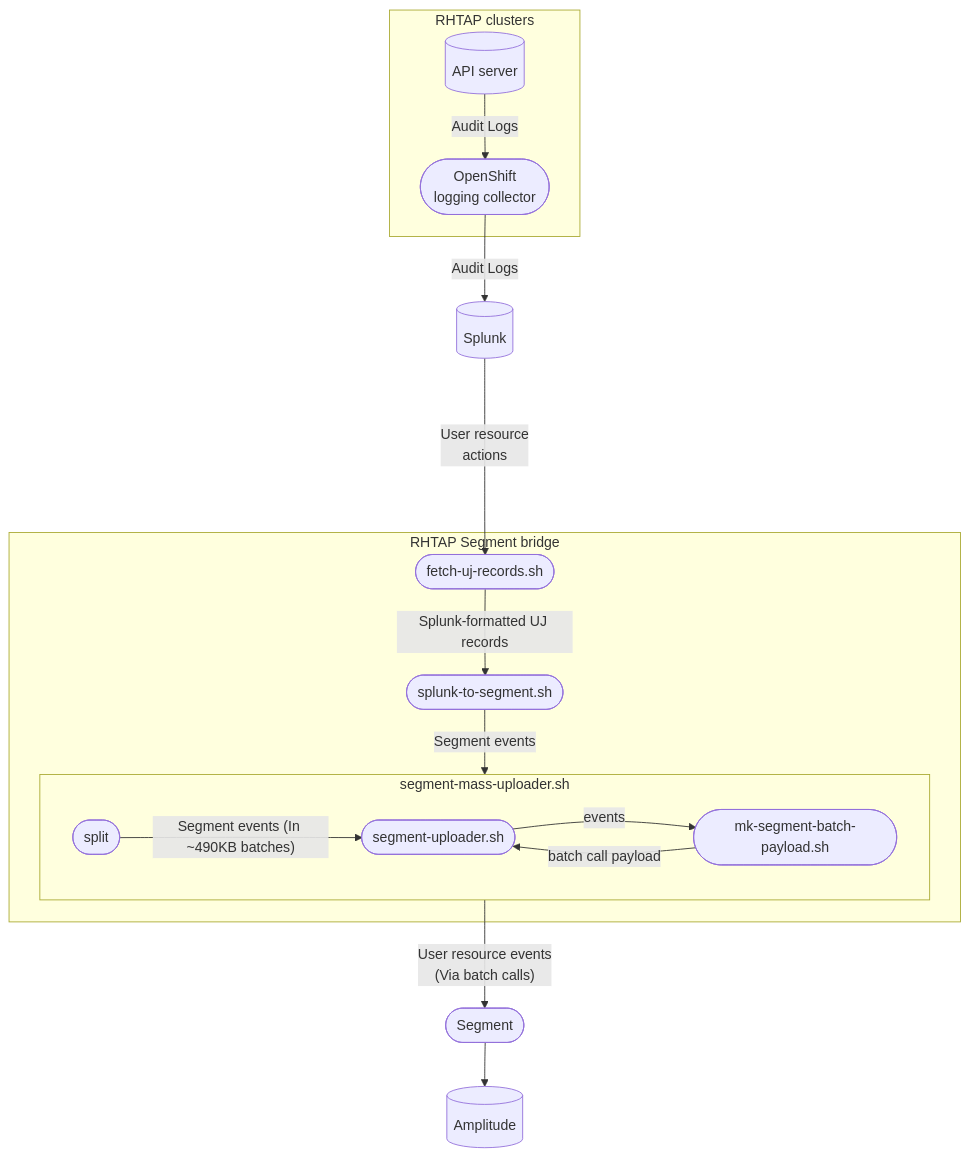
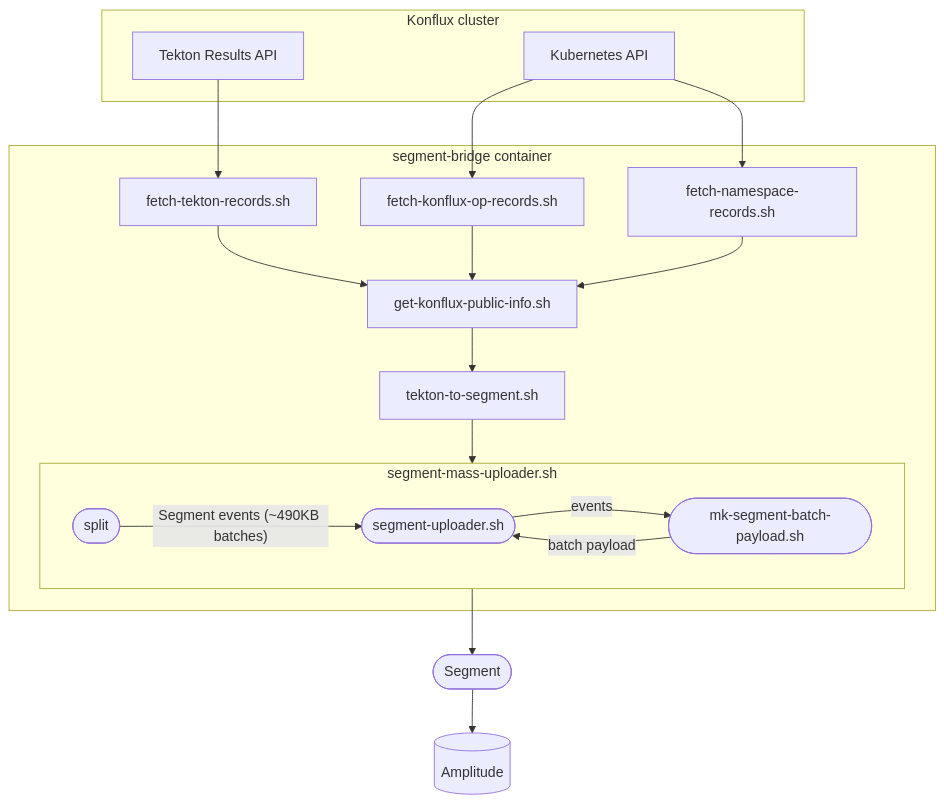
The diagram in README.md (konflux-ci/segment-bridge), drawn with Mermaid before and after one commit. The commit also changed other lines of this file and 47 other files, not shown here.

````diff
--- a/README.md
+++ b/README.md
@@ -5,39 +6,35 @@
 ```mermaid
 flowchart TB
-    subgraph A["RHTAP clusters"]
-        A1[(API server)]
-        A2(["OpenShift
-        logging collector"])
-
-        A1--"Audit Logs"-->A2
+    subgraph A["Konflux cluster"]
+        A1["Tekton Results API"]
+        A2["Kubernetes API"]
     end
 
-    A2--"Audit Logs"-->C
-
-    C[("Splunk")]
-
-    subgraph B["RHTAP Segment bridge"]
-        B2([fetch-uj-records.sh])
-        B3([splunk-to-segment.sh])
-        subgraph B4[segment-mass-uploader.sh]
+    subgraph B["segment-bridge container"]
+        B1["fetch-tekton-records.sh"]
+        B1b["fetch-konflux-op-records.sh"]
+        B1c["fetch-namespace-records.sh"]
+        B2["get-konflux-public-info.sh"]
+        B3["tekton-to-segment.sh"]
+        subgraph B4["segment-mass-uploader.sh"]
             B4C([split])
             B4A([segment-uploader.sh])
             B4B([mk-segment-batch-payload.sh])
-
-            B4C--"Segment events (In ~490KB batches)"-->B4A
-            B4A--"events"-->B4B--"batch call payload"-->B4A
+            B4C--"Segment events (~490KB batches)"-->B4A
+            B4A--"events"-->B4B--"batch payload"-->B4A
         end
-
-        B2--"Splunk-formatted UJ records"-->B3
-        B3--"Segment events"--> B4
+        B1 --> B2
+        B1b --> B2
+        B1c --> B2
+        B2 --> B3
+        B3 --> B4
     end
 
-    C-- "User resource
-     actions" ---->B2
+    A1 --> B1
+    A2 --> B1b
+    A2 --> B1c
 
     G([Segment])
     H[(Amplitude)]
-
-    B4-- "User resource events
-     (Via batch calls)" -->G-->H
+    B4 --> G --> H
 ```
````
